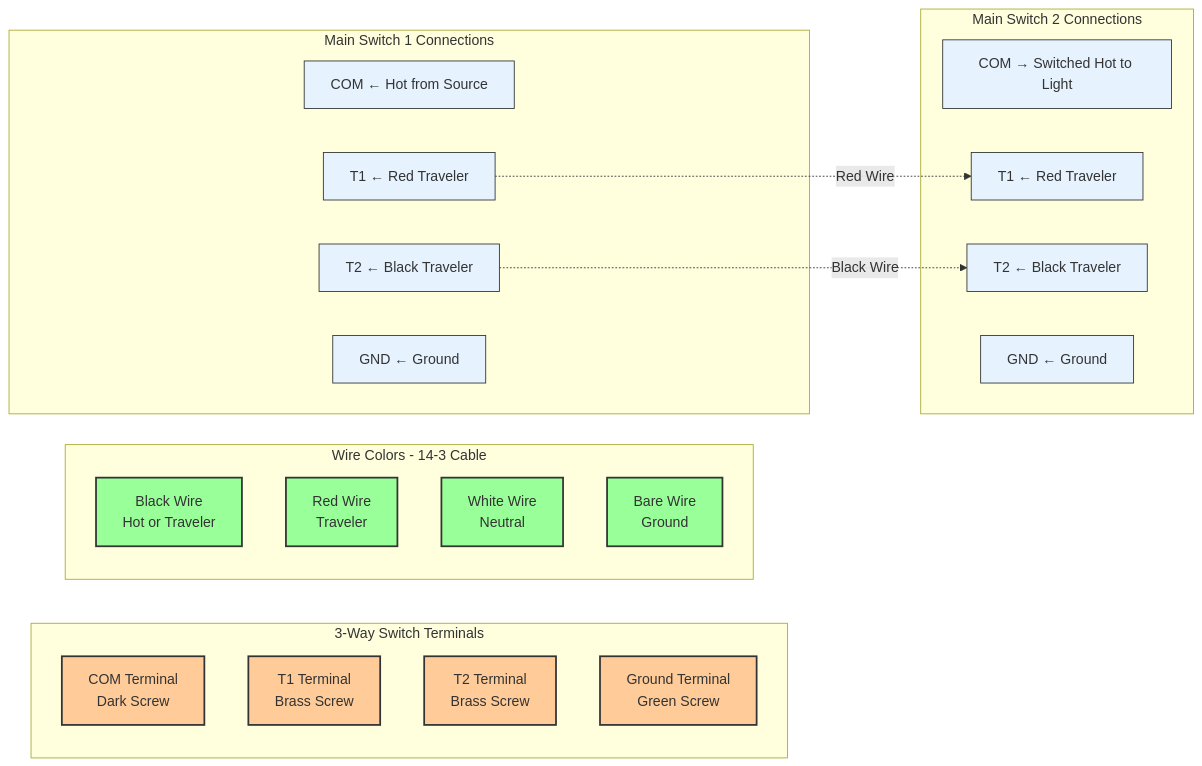
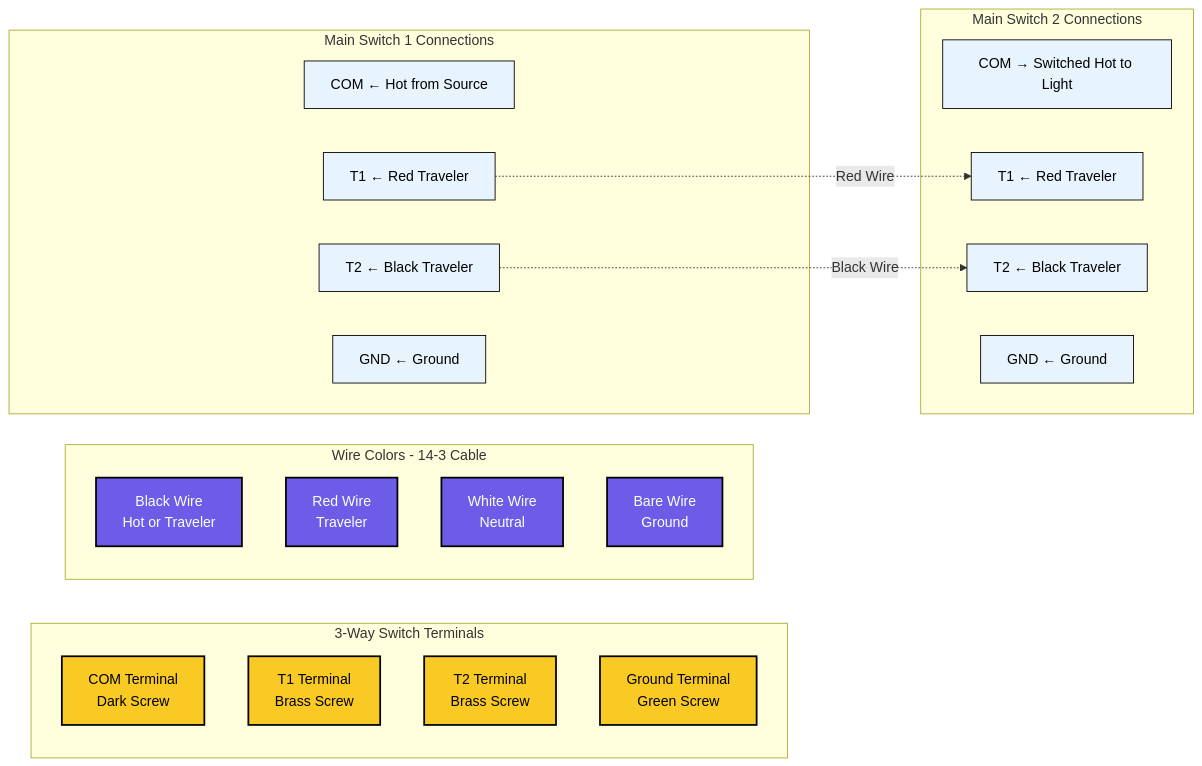
The fourth of 7 diagrams in diagrams/mermaid-wiring-diagram.md (ticklemycode/electrical-wiring), drawn with Mermaid before and after one commit. The commit also changed other lines of this file, not shown here.

Commit message:
Mermaid diagram style updates

````diff
--- a/diagrams/mermaid-wiring-diagram.md
+++ b/diagrams/mermaid-wiring-diagram.md
@@ -159,43 +159,43 @@
 ```mermaid
 flowchart LR
     subgraph "3-Way Switch Terminals"
         direction TB
         COM[COM Terminal<br/>Dark Screw]
         T1[T1 Terminal<br/>Brass Screw]
         T2[T2 Terminal<br/>Brass Screw]
         GND[Ground Terminal<br/>Green Screw]
     end
     
     subgraph "Wire Colors - 14-3 Cable"
         BLACK[Black Wire<br/>Hot or Traveler]
         RED[Red Wire<br/>Traveler]
         WHITE[White Wire<br/>Neutral]
         BARE[Bare Wire<br/>Ground]
     end
     
     subgraph "Main Switch 1 Connections"
         MS1_COM[COM ← Hot from Source]
         MS1_T1[T1 ← Red Traveler]
         MS1_T2[T2 ← Black Traveler]
         MS1_GND[GND ← Ground]
     end
     
     subgraph "Main Switch 2 Connections"
         MS2_COM[COM → Switched Hot to Light]
         MS2_T1[T1 ← Red Traveler]
         MS2_T2[T2 ← Black Traveler]
         MS2_GND[GND ← Ground]
     end
     
     %% Traveler Connections
     MS1_T1 -.->|Red Wire| MS2_T1
     MS1_T2 -.->|Black Wire| MS2_T2
     
-    classDef terminalStyle fill:#ffcc99,stroke:#333,stroke-width:2px
-    classDef wireStyle fill:#99ff99,stroke:#333,stroke-width:2px
-    classDef connectionStyle fill:#e6f3ff,stroke:#333,stroke-width:1px
+    classDef terminalStyle fill:#f9ca24,stroke:#000,stroke-width:2px,color:#000
+    classDef wireStyle fill:#6c5ce7,stroke:#000,stroke-width:2px,color:#fff
+    classDef connectionStyle fill:#e8f4fd,stroke:#000,stroke-width:1px,color:#000
     
     class COM,T1,T2,GND terminalStyle
     class BLACK,RED,WHITE,BARE wireStyle
     class MS1_COM,MS1_T1,MS1_T2,MS1_GND,MS2_COM,MS2_T1,MS2_T2,MS2_GND connectionStyle
 ```
````
